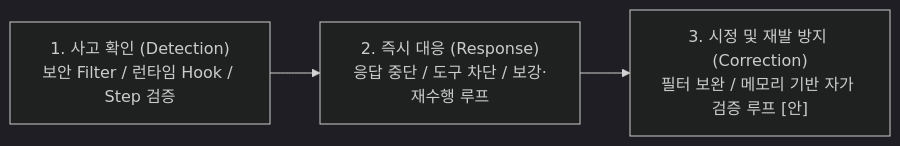
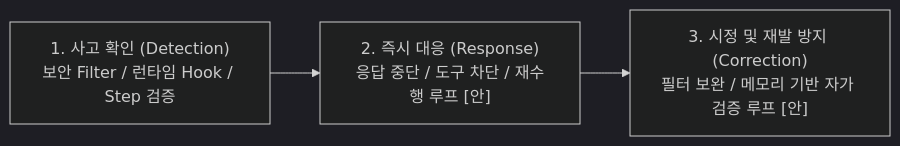
Before and after one commit to misjin05/playground: the second of 2 diagrams in AIS/Reports/Slide22_23_Update.md, drawn with Mermaid (dark theme). The commit also changed other lines of this file and 1 other file, not shown here.

Commit message:
Keep [안] in Risk B Detection and Response alongside built-in test step-writer example

````diff
--- a/AIS/Reports/Slide22_23_Update.md
+++ b/AIS/Reports/Slide22_23_Update.md
@@ -54,5 +54,5 @@
 ```mermaid
 graph LR
-    R1["1. 사고 확인 (Detection)<br/>보안 Filter / 런타임 Hook / Step 검증"] --> R2["2. 즉시 대응 (Response)<br/>응답 중단 / 도구 차단 / 보강·재수행 루프"]
+    R1["1. 사고 확인 (Detection)<br/>보안 Filter / 런타임 Hook / Step 검증"] --> R2["2. 즉시 대응 (Response)<br/>응답 중단 / 도구 차단 / 재수행 루프 [안]"]
     R2 --> R3["3. 시정 및 재발 방지 (Correction)<br/>필터 보완 / 메모리 기반 자가 검증 루프 [안]"]
 ```
````
